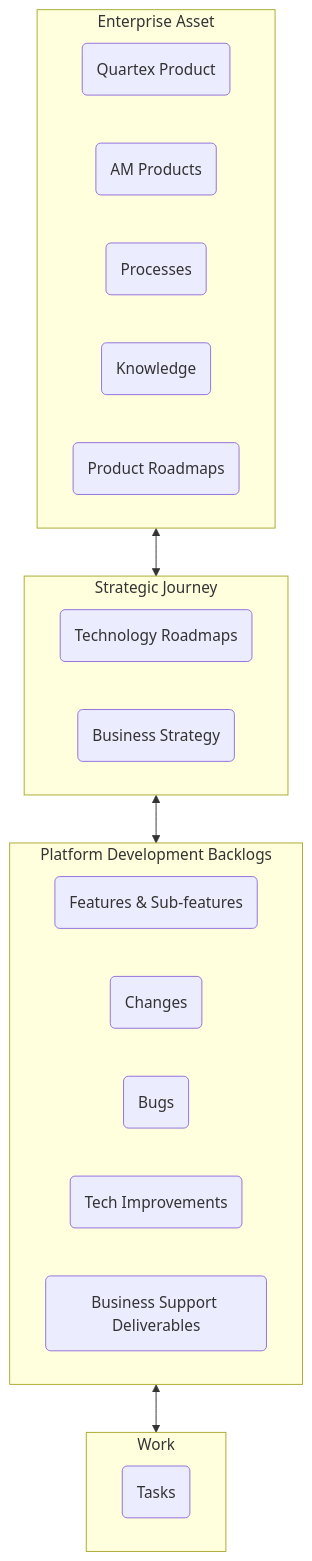
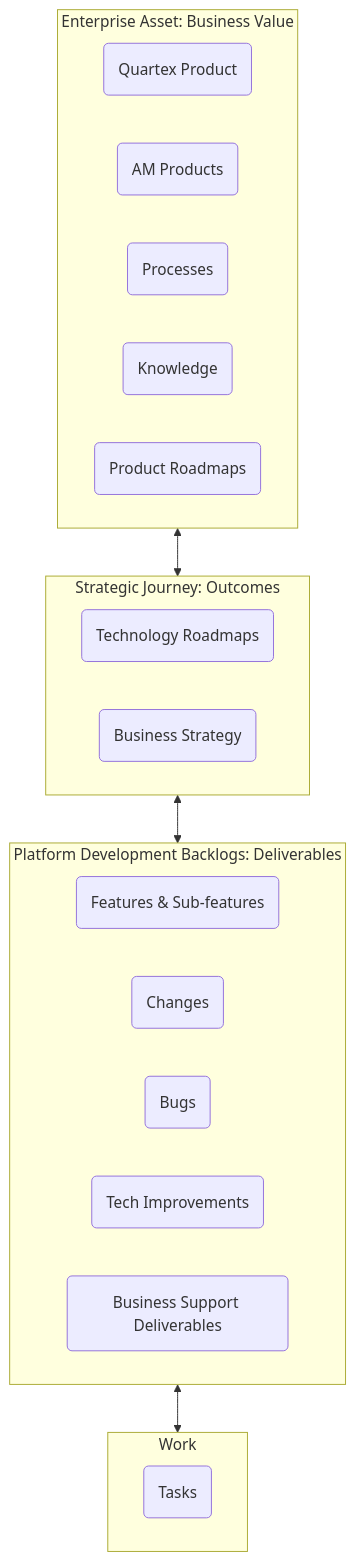
Before and after one commit to amdigital-co-uk/docs-playbook: the second of 2 diagrams in docs/3.-Delivery-Framework/index.md, drawn with Mermaid. The commit also changed other lines of this file and 33 other files, not shown here.

````diff
--- a/docs/3.-Delivery-Framework/index.md
+++ b/docs/3.-Delivery-Framework/index.md
@@ -31,31 +33,31 @@
 ```mermaid
 
 graph TD;
-subgraph sg1[Enterprise Asset]
+subgraph sg1[Enterprise Asset: Business Value]
     A(Quartex Product)    
     B(AM Products)
     C(Processes)
     D(Knowledge)
     E(People)    
 end
-subgraph sg2[Strategic Journey]
+subgraph sg2[Strategic Journey: Outcomes]
     E(Product Roadmaps)
     F(Technology Roadmaps)
     G(Business Strategy)
 end
-subgraph sg3[Platform Development Backlogs]
+subgraph sg3[Platform Development Backlogs: Deliverables]
     H(Features & Sub-features)
     I(Changes)
     J(Bugs)
     K(Tech Improvements)
     L(Business Support Deliverables)
 end
 subgraph sg4[Work]
     M(Tasks)
 end
  
 sg1<-->sg2
 sg2<-->sg3
 sg3<-->sg4
 
 ```
````
